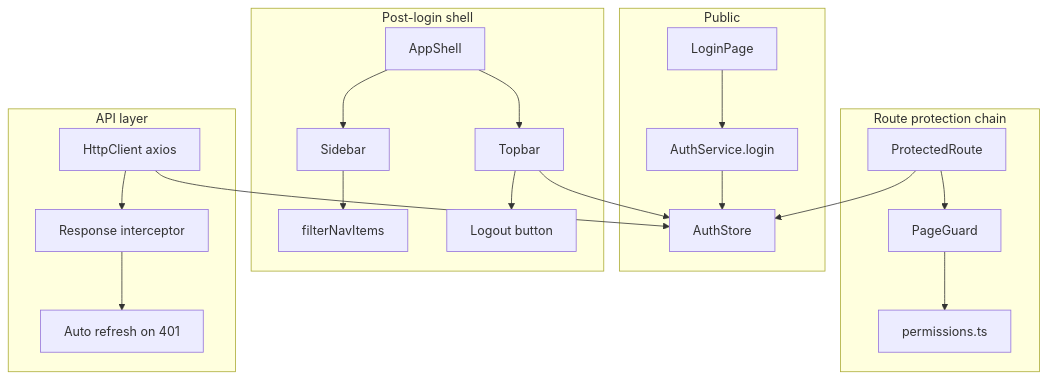
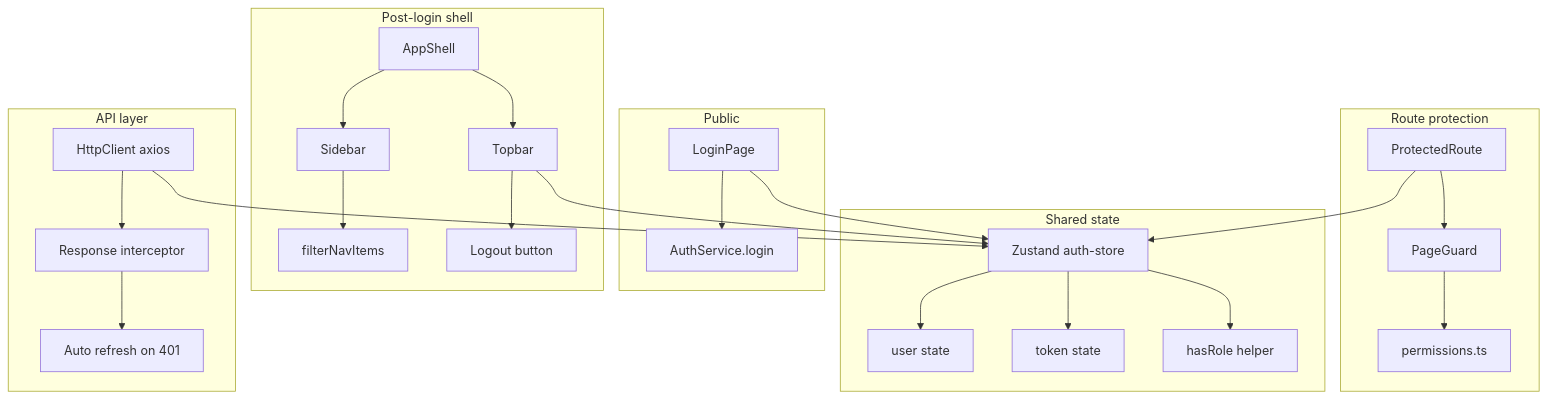
One commit to Java-Inventory-Management-System/Projects changed the fifth of 5 diagrams in docs/flows/fe/09-auth-flow.md. Above: the diagram before and after it, drawn with Mermaid. The commit also changed other lines of this file and 3 other files, not shown here.

Commit message:
docs: reorganise FE mermaid diagrams — clean subgraph layout, fix cross-references

````diff
--- a/docs/flows/fe/09-auth-flow.md
+++ b/docs/flows/fe/09-auth-flow.md
@@ -154,27 +157,39 @@
 ```mermaid
 graph TD
     subgraph "Public"
-        LP[LoginPage] --> AS[AuthService.login]
-        AS --> AST[AuthStore]
+        LP[LoginPage]
+        LP --> LS[AuthService.login]
     end
 
-    subgraph "Route protection chain"
-        PR[ProtectedRoute] --> AST
+    subgraph "Route protection"
+        PR[ProtectedRoute]
         PR --> PG[PageGuard]
         PG --> PERM[permissions.ts]
     end
 
     subgraph "Post-login shell"
-        APP[AppShell] --> SB[Sidebar]
+        APP[AppShell]
+        APP --> SB[Sidebar]
         APP --> TB[Topbar]
         SB --> NAV[filterNavItems]
-        TB --> AST
-        TB --> LOGOUT[Logout button]
+        TB --> LO[Logout button]
+    end
+
+    subgraph "Shared state"
+        AST[Zustand auth-store]
+        AST --> US[user state]
+        AST --> TK[token state]
+        AST --> HR[hasRole helper]
     end
 
     subgraph "API layer"
-        HC[HttpClient axios] --> AST
+        HC[HttpClient axios]
         HC --> RI[Response interceptor]
         RI --> RF[Auto refresh on 401]
     end
+
+    LP --> AST
+    PR --> AST
+    TB --> AST
+    HC --> AST
 ```
````
